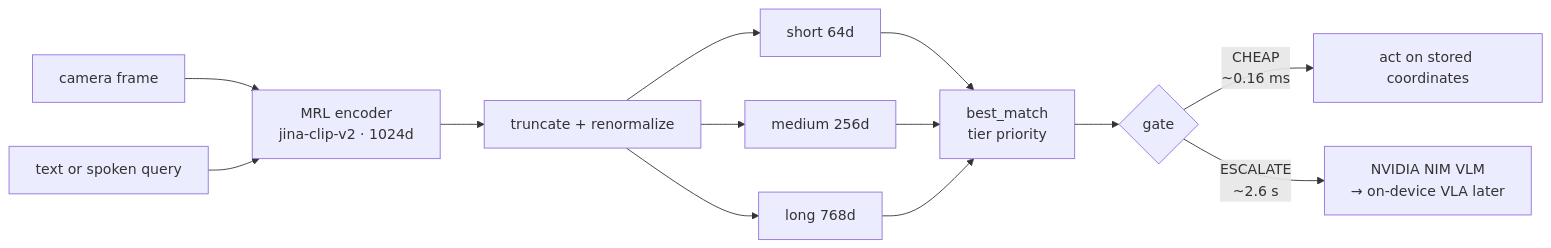
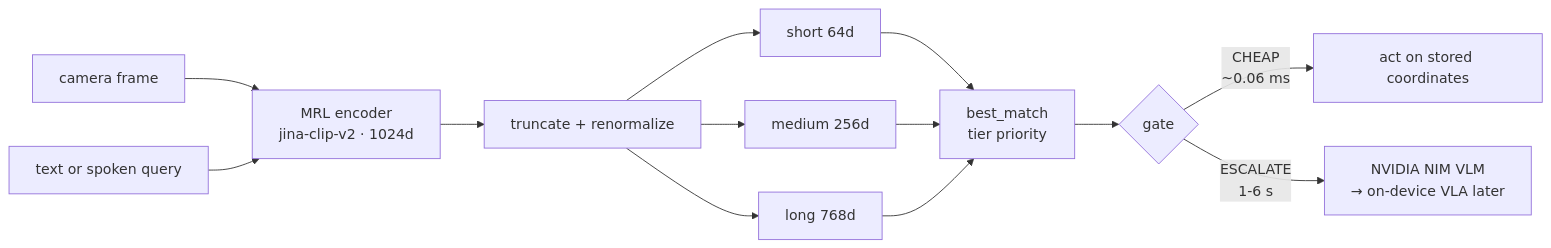
Before and after one commit to ankursharma435/robot-semantic-memory: the diagram in README.md, drawn with Mermaid. The commit also changed other lines of this file, not shown here.

````diff
--- a/README.md
+++ b/README.md
@@ -50,13 +50,13 @@
 ```mermaid
 flowchart LR
     CAM[camera frame] --> ENC[MRL encoder<br/>jina-clip-v2 · 1024d]
     Q[text or spoken query] --> ENC
     ENC --> T[truncate + renormalize]
     T --> S[short 64d]
     T --> M[medium 256d]
     T --> L[long 768d]
     S & M & L --> BM[best_match<br/>tier priority]
     BM --> G{gate}
-    G -->|CHEAP<br/>~0.16 ms| ACT[act on stored coordinates]
-    G -->|ESCALATE<br/>~2.6 s| VLM[NVIDIA NIM VLM<br/>→ on-device VLA later]
+    G -->|CHEAP<br/>~0.06 ms| ACT[act on stored coordinates]
+    G -->|ESCALATE<br/>1-6 s| VLM[NVIDIA NIM VLM<br/>→ on-device VLA later]
 ```
````
